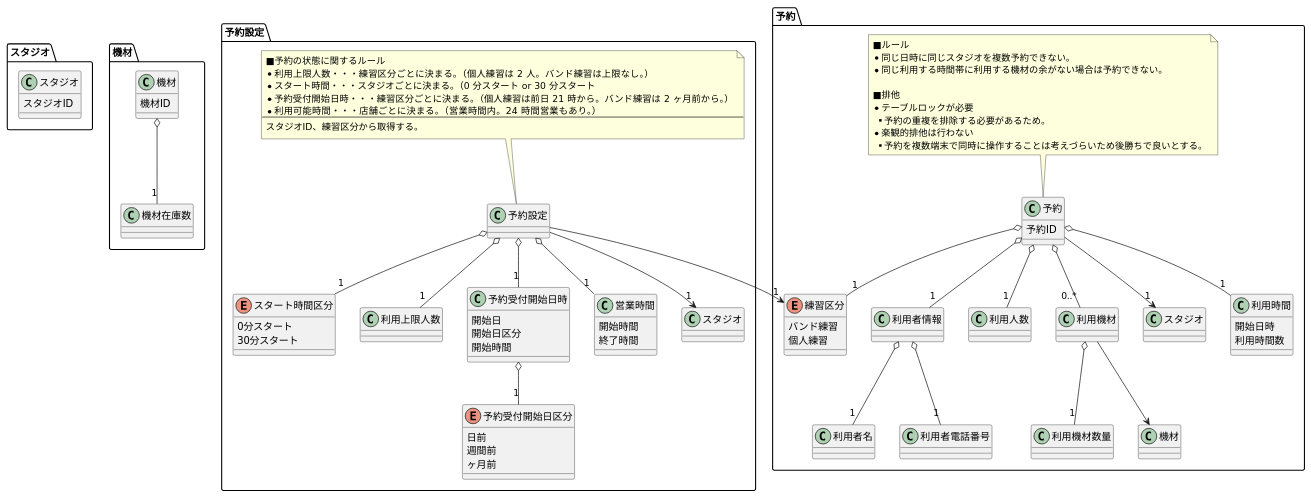
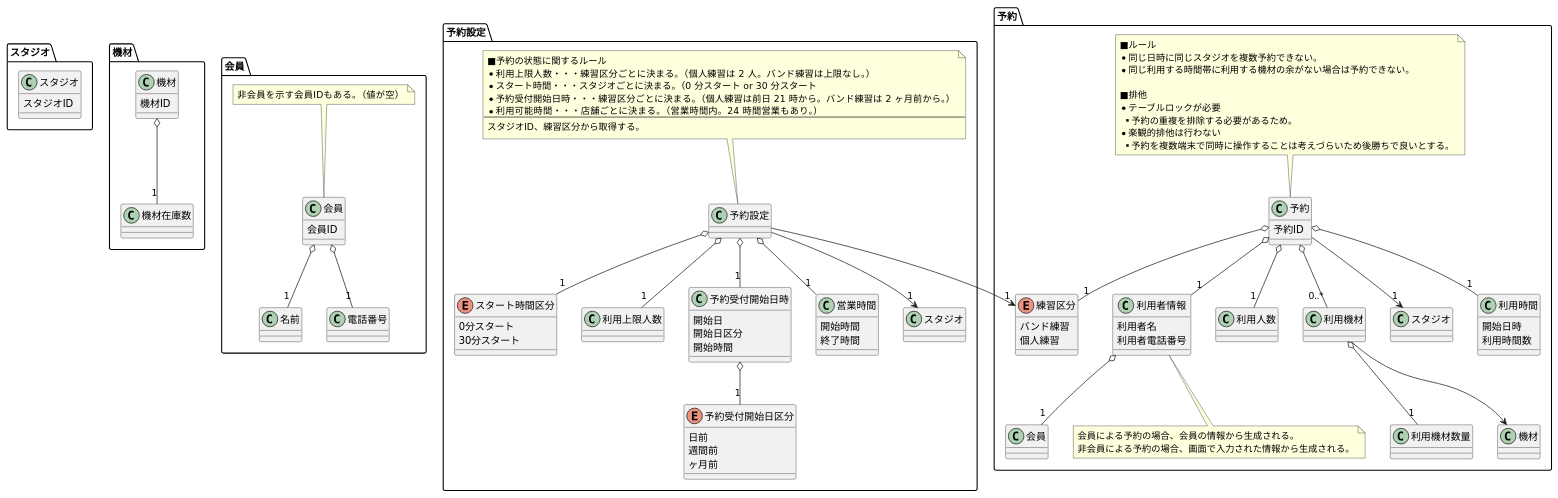
Before and after one commit to TakashiOnawa/ddd-practice-studio-reservation: the diagram in modeling/07_DomainModel_予約.pu, drawn with PlantUML. The commit also changed 45 other files, not shown here.

```diff
--- a/modeling/07_DomainModel_予約.pu
+++ b/modeling/07_DomainModel_予約.pu
@@ -1,112 +1,133 @@
 @startuml DomainModel
 
 package スタジオ {
     class スタジオ {
         スタジオID
     }
 }
 
 package 機材 {
     class 機材 {
         機材ID
     }
 
     class 機材在庫数
 
     機材 o-- "1" 機材在庫数
 }
 
+package 会員 {
+    class 会員 {
+        会員ID
+    }
+
+    class 名前
+    class 電話番号
+
+    会員 o-- "1" 名前
+    会員 o-- "1" 電話番号
+
+    note top of 会員
+    非会員を示す会員IDもある。（値が空）
+    end note
+}
+
 package 予約 {
     class 予約 {
         予約ID
     }
 
     class 利用時間 {
         開始日時
         利用時間数
     }
 
-    class 利用者情報
-    class 利用者名
-    class 利用者電話番号
-    利用者情報 o-- "1" 利用者名
-    利用者情報 o-- "1" 利用者電話番号
+    class 利用者情報 {
+        利用者名
+        利用者電話番号
+    }
+    利用者情報 o-- "1" 会員
+
+    note bottom of 利用者情報
+    会員による予約の場合、会員の情報から生成される。
+    非会員による予約の場合、画面で入力された情報から生成される。
+    end note
 
     class 利用人数
 
     enum 練習区分 {
         バンド練習
         個人練習
     }
 
     class 利用機材
     class 利用機材数量
     利用機材 --> 機材
     利用機材 o-- "1" 利用機材数量
 
     予約 --> "1" スタジオ
     予約 o-- "1" 利用時間
     予約 o-- "1" 利用者情報
     予約 o-- "1" 利用人数
     予約 o-- "1" 練習区分
     予約 o-- "0..*" 利用機材
 
     note top of 予約
     ■ルール
     * 同じ日時に同じスタジオを複数予約できない。
     * 同じ利用する時間帯に利用する機材の余がない場合は予約できない。
 
     ■排他
     * テーブルロックが必要
     ** 予約の重複を排除する必要があるため。
     * 楽観的排他は行わない
     ** 予約を複数端末で同時に操作することは考えづらいため後勝ちで良いとする。
     end note
 }
 
 package 予約設定 {
     class 予約設定
 
     enum スタート時間区分 {
         0分スタート
         30分スタート
     }
 
     class 利用上限人数
 
     class 予約受付開始日時 {
         開始日
         開始日区分
         開始時間
     }
     enum 予約受付開始日区分 {
         日前
         週間前
         ヶ月前
     }
     予約受付開始日時 o-- "1" 予約受付開始日区分
 
     class 営業時間 {
         開始時間
         終了時間
     }
 
     予約設定 --> "1" スタジオ
     予約設定 --> "1" 練習区分
     予約設定 o-- "1" スタート時間区分
     予約設定 o-- "1" 利用上限人数
     予約設定 o-- "1" 予約受付開始日時
     予約設定 o-- "1" 営業時間
 
     note top of 予約設定
     ■予約の状態に関するルール
     * 利用上限人数・・・練習区分ごとに決まる。（個人練習は 2 人。バンド練習は上限なし。）
     * スタート時間・・・スタジオごとに決まる。（0 分スタート or 30 分スタート
     * 予約受付開始日時・・・練習区分ごとに決まる。（個人練習は前日 21 時から。バンド練習は 2 ヶ月前から。）
     * 利用可能時間・・・店舗ごとに決まる。（営業時間内。24 時間営業もあり。）
     ---
     スタジオID、練習区分から取得する。
     end note
 }
 
 @enduml
```
